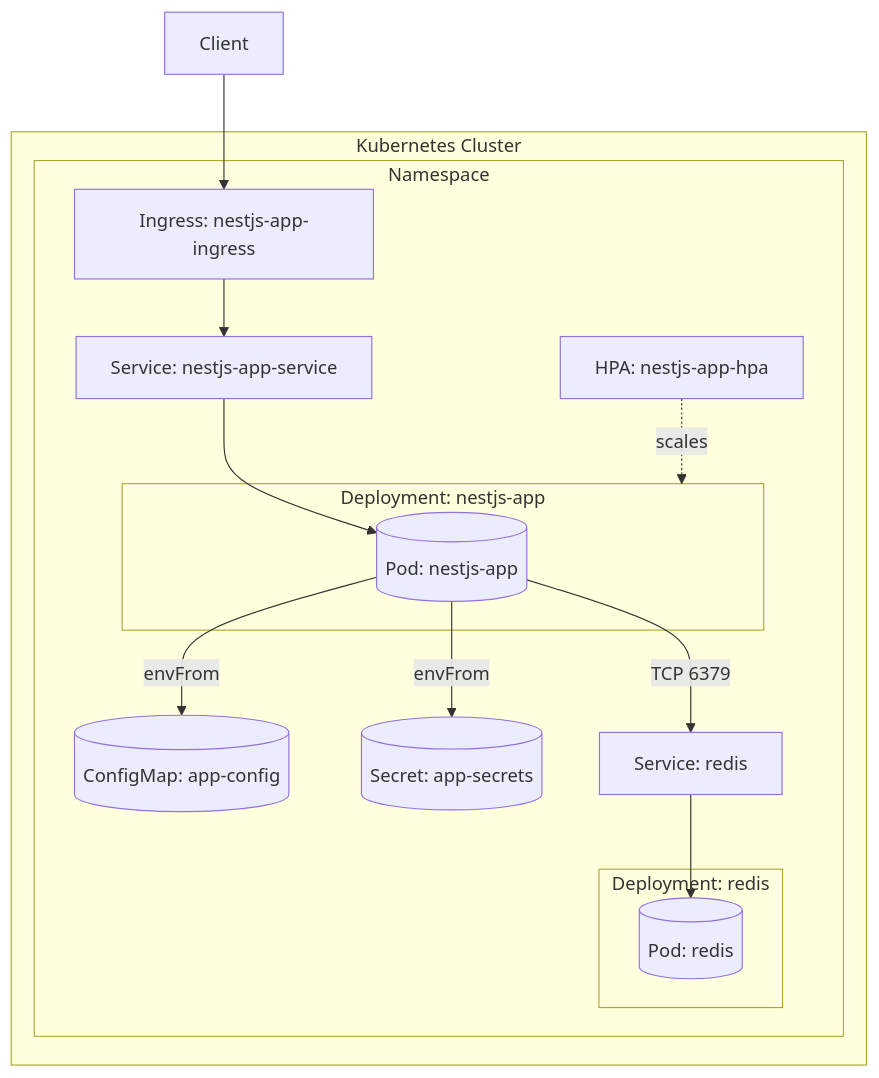
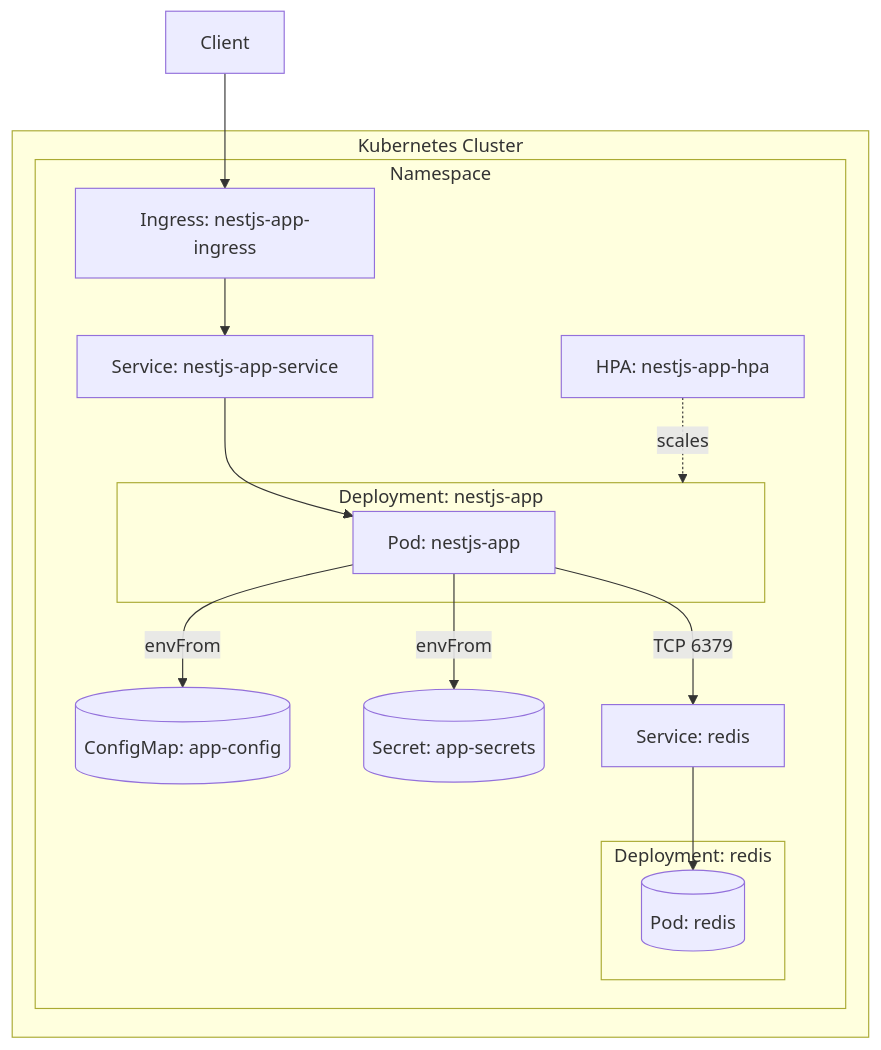
The diagram in README.md (dmytro108/mustage-test), drawn with Mermaid before and after one commit.

````diff
--- a/README.md
+++ b/README.md
@@ -26,28 +26,28 @@
 ```mermaid
 flowchart TB
   user[Client]
 
   subgraph k8s[Kubernetes Cluster]
     subgraph ns[Namespace]
       ing[Ingress: nestjs-app-ingress]
       svc[Service: nestjs-app-service]
       subgraph deploy[Deployment: nestjs-app]
-        pod[(Pod: nestjs-app)]
+        pod[Pod: nestjs-app]
       end
       cm[(ConfigMap: app-config)]
       sec[(Secret: app-secrets)]
       hpa[HPA: nestjs-app-hpa]
 
       rsvc[Service: redis]
       subgraph rdeploy[Deployment: redis]
         rpod[(Pod: redis)]
       end
     end
   end
 
   user --> ing --> svc --> pod
   pod -->|envFrom| cm
   pod -->|envFrom| sec
   pod -->|TCP 6379| rsvc --> rpod
   hpa -.scales.-> deploy
 ```
````
